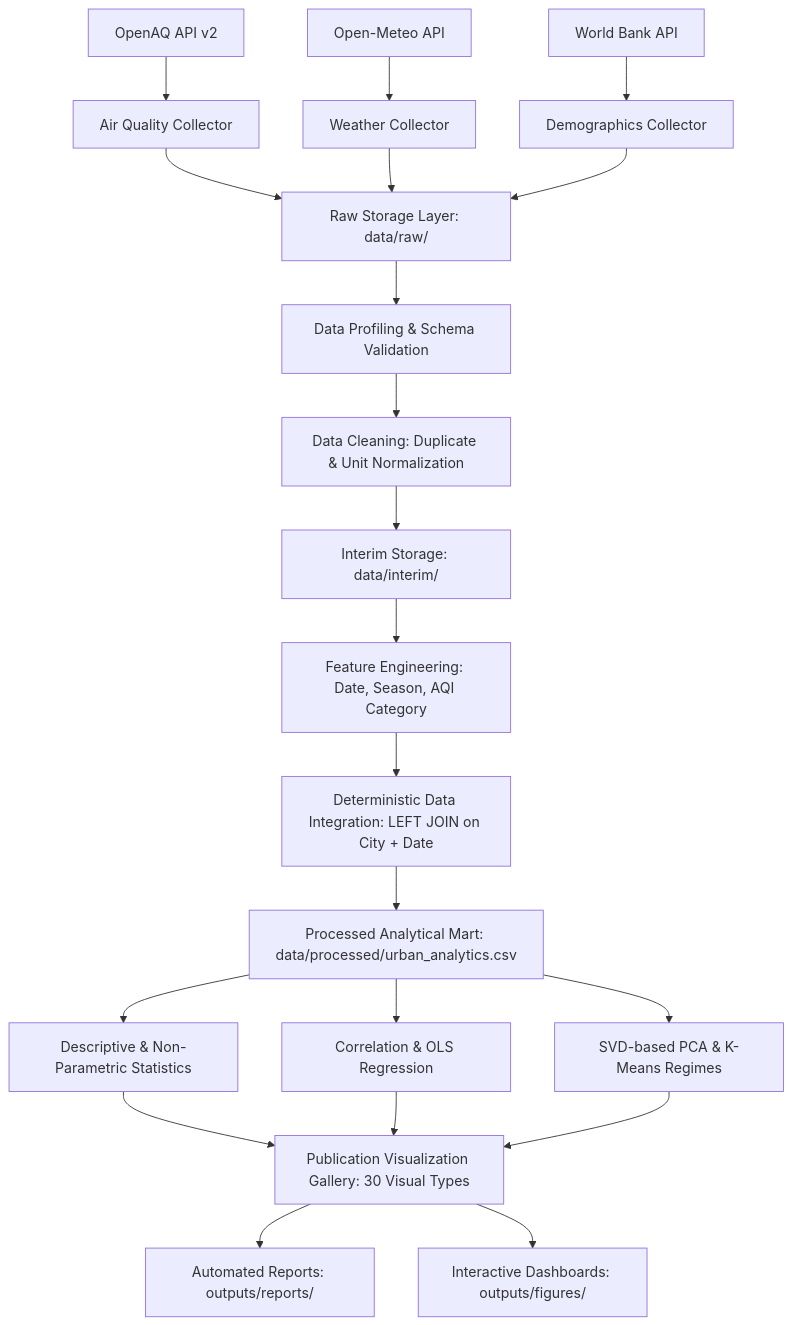
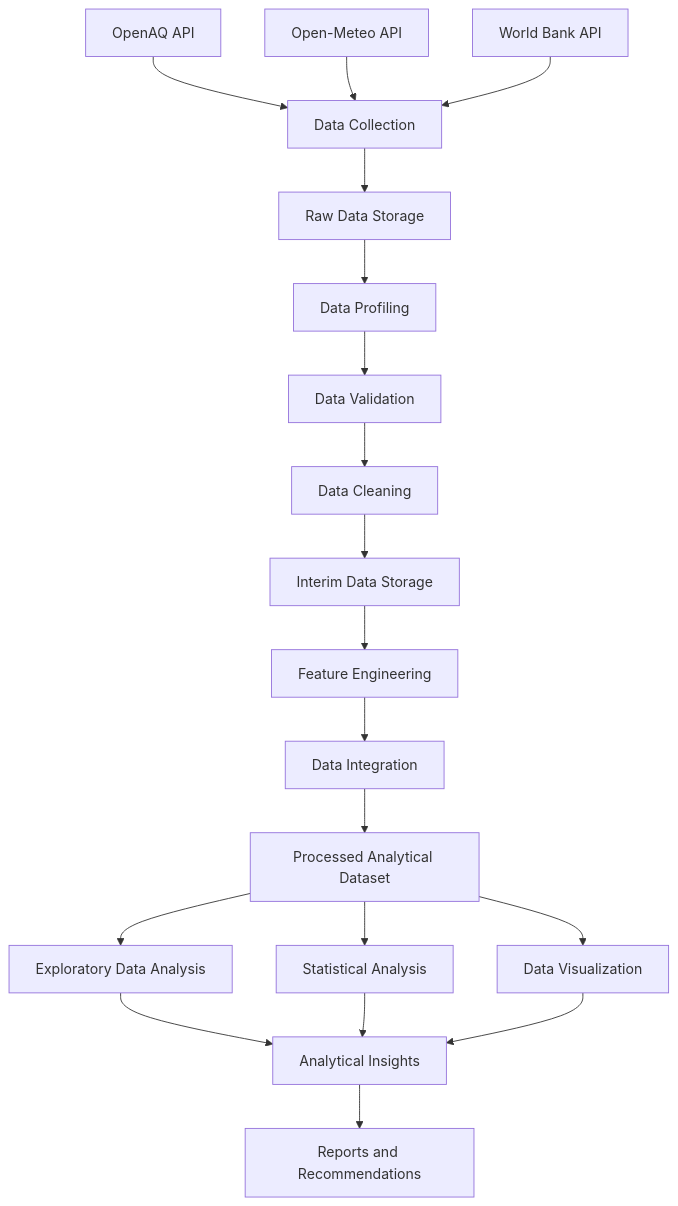
The diagram in README.md (marwaneproo/global-urban-intelligence), drawn with Mermaid before and after one commit. The commit also changed other lines of this file, not shown here.

Commit message:
Add visualization gallery to README

````diff
--- a/README.md
+++ b/README.md
@@ -63,29 +89,27 @@
 ```mermaid
 flowchart TD
-    A1[OpenAQ API v2] --> B1[Air Quality Collector]
-    A2[Open-Meteo API] --> B2[Weather Collector]
-    A3[World Bank API] --> B3[Demographics Collector]
-    
-    B1 --> C[Raw Storage Layer: data/raw/]
-    B2 --> C
-    B3 --> C
-    
-    C --> D[Data Profiling & Schema Validation]
-    D --> E[Data Cleaning: Duplicate & Unit Normalization]
-    E --> F[Interim Storage: data/interim/]
-    
-    F --> G[Feature Engineering: Date, Season, AQI Category]
-    G --> H[Deterministic Data Integration: LEFT JOIN on City + Date]
-    H --> I[Processed Analytical Mart: data/processed/urban_analytics.csv]
-    
-    I --> J1[Descriptive & Non-Parametric Statistics]
-    I --> J2[Correlation & OLS Regression]
-    I --> J3[SVD-based PCA & K-Means Regimes]
-    
-    J1 --> K[Publication Visualization Gallery: 30 Visual Types]
-    J2 --> K
-    J3 --> K
-    
-    K --> L[Automated Reports: outputs/reports/]
-    K --> M[Interactive Dashboards: outputs/figures/]
+    A[OpenAQ API] --> D[Data Collection]
+    B[Open-Meteo API] --> D
+    C[World Bank API] --> D
+
+    D --> E[Raw Data Storage]
+    E --> F[Data Profiling]
+    F --> G[Data Validation]
+    G --> H[Data Cleaning]
+
+    H --> I[Interim Data Storage]
+    I --> J[Feature Engineering]
+    J --> K[Data Integration]
+
+    K --> L[Processed Analytical Dataset]
+
+    L --> M[Exploratory Data Analysis]
+    L --> N[Statistical Analysis]
+    L --> O[Data Visualization]
+
+    M --> P[Analytical Insights]
+    N --> P
+    O --> P
+
+    P --> Q[Reports and Recommendations]
 ```
````
